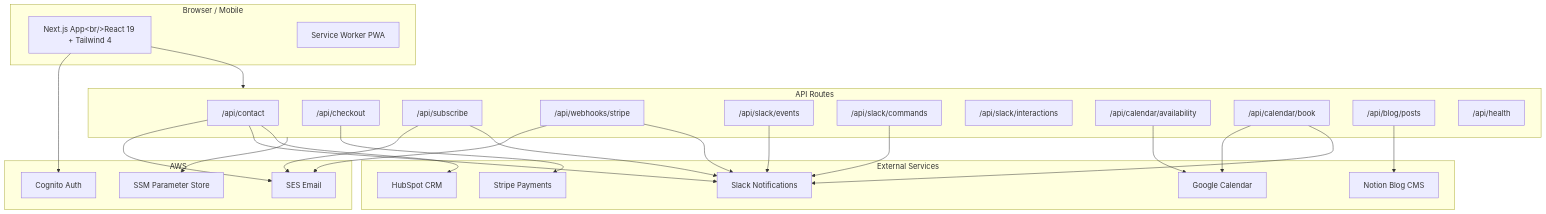
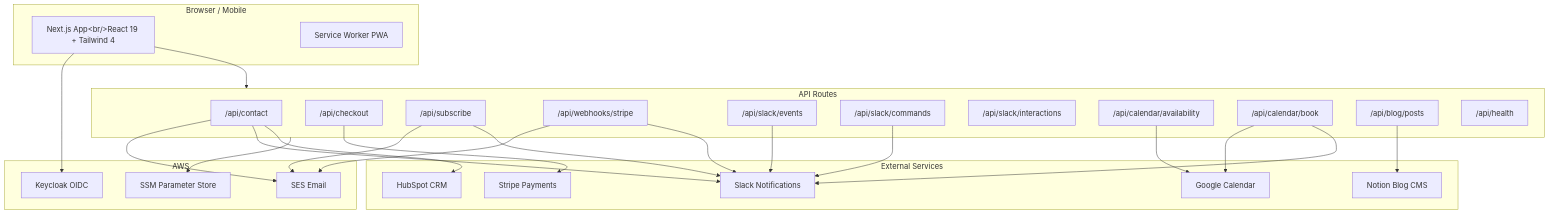
The second of 4 diagrams in README.md (Themis128/cloudless.gr), drawn with Mermaid before and after one commit. The commit also changed other lines of this file and 1 other file, not shown here.

First line of the commit message:
docs: update README and ARCHITECTURE for Keycloak + next-auth migration

````diff
--- a/README.md
+++ b/README.md
@@ -66,51 +59,51 @@
 ```mermaid
 graph TB
     subgraph Client["Browser / Mobile"]
         UI["Next.js App&lt;br/&gt;React 19 + Tailwind 4"]
         SW["Service Worker PWA"]
     end
     subgraph Routes["API Routes"]
         Contact["/api/contact"]
         Checkout["/api/checkout"]
         Subscribe["/api/subscribe"]
         StripeWH["/api/webhooks/stripe"]
         SlackEvt["/api/slack/events"]
         SlackCmd["/api/slack/commands"]
         SlackInt["/api/slack/interactions"]
         CalAvail["/api/calendar/availability"]
         CalBook["/api/calendar/book"]
         Blog["/api/blog/posts"]
         Health["/api/health"]
     end
 
     subgraph AWS["AWS"]
-        Cognito["Cognito Auth"]
+        Keycloak["Keycloak OIDC"]
         SES["SES Email"]
         SSM["SSM Parameter Store"]
     end
     subgraph External["External Services"]
         Stripe["Stripe Payments"]
         Slack["Slack Notifications"]
         HubSpot["HubSpot CRM"]
         GCal["Google Calendar"]
         Notion["Notion Blog CMS"]
     end
 
     UI --> Routes
-    UI --> Cognito
+    UI --> Keycloak
     Routes --> SSM
     Contact --> SES
     Contact --> Slack
     Contact --> HubSpot
     Subscribe --> SES
     Subscribe --> Slack
     Checkout --> Stripe
     StripeWH --> SES
     StripeWH --> Slack
     CalAvail --> GCal
     CalBook --> GCal
     CalBook --> Slack
     Blog --> Notion
     SlackEvt --> Slack
     SlackCmd --> Slack
 ```
````
